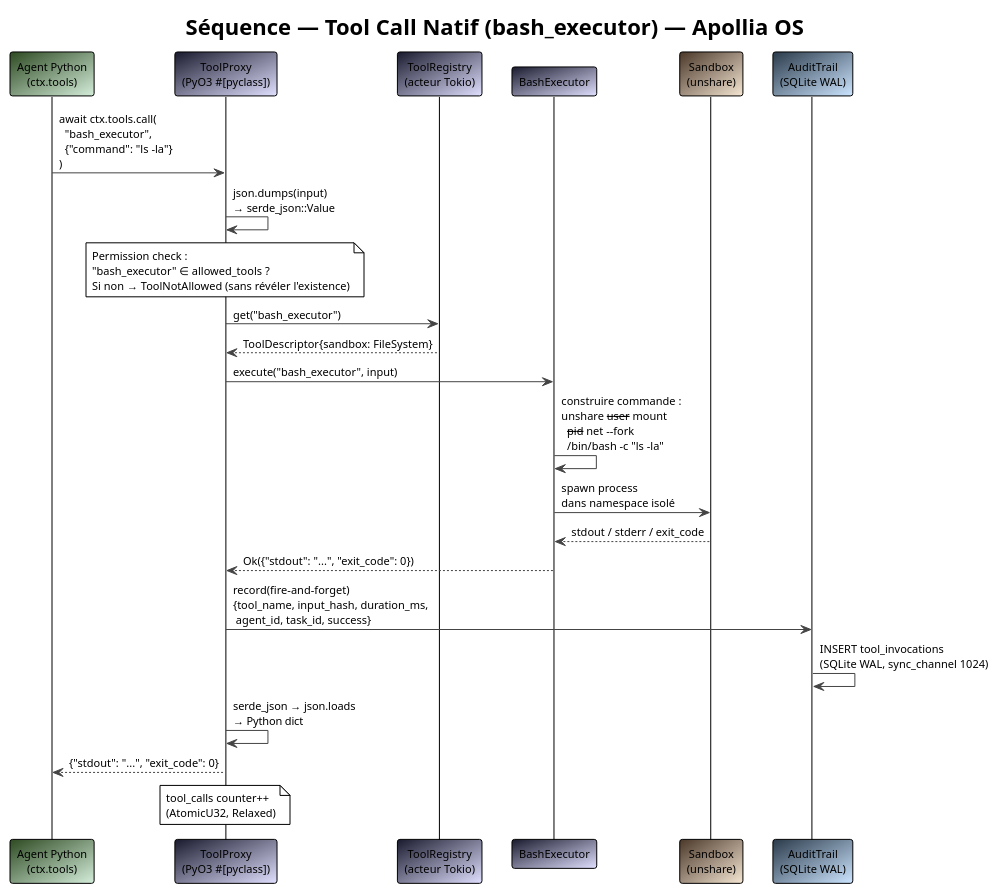
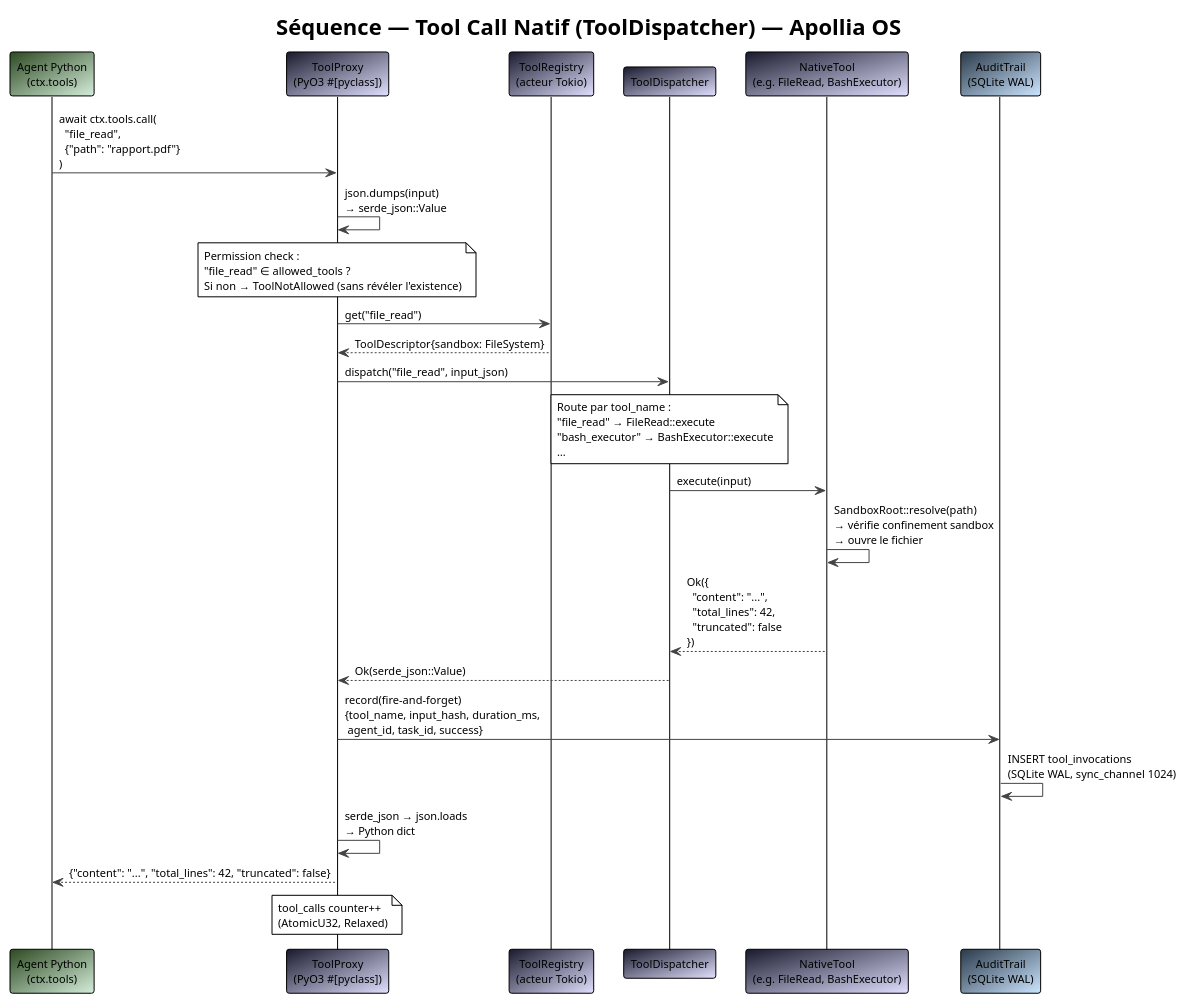
Before and after one commit to nidal-z/apollia-os: the diagram in docs/diagrams/seq-tool-call-native.puml, drawn with PlantUML. The commit also changed 13 other files, not shown here.

First line of the commit message:
feat(docs): update SUMMARY and diagrams for new tools and references

```diff
--- a/docs/diagrams/seq-tool-call-native.puml
+++ b/docs/diagrams/seq-tool-call-native.puml
@@ -1,53 +1,61 @@
 @startuml seq-tool-call-native
 !theme plain
 skinparam backgroundColor #FFFFFF
 skinparam defaultFontName "JetBrains Mono"
 skinparam defaultFontSize 11
 skinparam ArrowColor #444444
 skinparam BorderColor #444444
 
-title Séquence — Tool Call Natif (bash_executor) — Apollia OS
+title Séquence — Tool Call Natif (ToolDispatcher) — Apollia OS
 
 participant "Agent Python\n(ctx.tools)" as agent #2d4a22/d4edda
 participant "ToolProxy\n(PyO3 #[pyclass])" as proxy #1a1a2e/e0e0ff
 participant "ToolRegistry\n(acteur Tokio)" as reg #1a1a2e/e0e0ff
-participant "BashExecutor" as bash #1a1a2e/e0e0ff
-participant "Sandbox\n(unshare)" as sandbox #4a3728/f5e6d3
+participant "ToolDispatcher" as dispatcher #1a1a2e/e0e0ff
+participant "NativeTool\n(e.g. FileRead, BashExecutor)" as tool #1a1a2e/e0e0ff
 participant "AuditTrail\n(SQLite WAL)" as audit #2a3a4a/cce5ff
 
-agent -> proxy : await ctx.tools.call(\n  "bash_executor",\n  {"command": "ls -la"}\n)
+agent -> proxy : await ctx.tools.call(\n  "file_read",\n  {"path": "rapport.pdf"}\n)
 
 proxy -> proxy : json.dumps(input)\n→ serde_json::Value
 
 note over proxy
   Permission check :
-  "bash_executor" ∈ allowed_tools ?
+  "file_read" ∈ allowed_tools ?
   Si non → ToolNotAllowed (sans révéler l'existence)
 end note
 
-proxy -> reg : get("bash_executor")
+proxy -> reg : get("file_read")
 reg --> proxy : ToolDescriptor{sandbox: FileSystem}
 
-proxy -> bash : execute("bash_executor", input)
+proxy -> dispatcher : dispatch("file_read", input_json)
 
-bash -> bash : construire commande :\nunshare --user --mount\n  --pid --net --fork\n  /bin/bash -c "ls -la"
+note over dispatcher
+  Route par tool_name :
+  "file_read" → FileRead::execute
+  "bash_executor" → BashExecutor::execute
+  …
+end note
 
-bash -> sandbox : spawn process\ndans namespace isolé
-sandbox --> bash : stdout / stderr / exit_code
+dispatcher -> tool : execute(input)
 
-bash --> proxy : Ok({"stdout": "...", "exit_code": 0})
+tool -> tool : SandboxRoot::resolve(path)\n→ vérifie confinement sandbox\n→ ouvre le fichier
+
+tool --> dispatcher : Ok({\n  "content": "...",\n  "total_lines": 42,\n  "truncated": false\n})
+
+dispatcher --> proxy : Ok(serde_json::Value)
 
 proxy -> audit : record(fire-and-forget)\n{tool_name, input_hash, duration_ms,\n agent_id, task_id, success}
 
 audit -> audit : INSERT tool_invocations\n(SQLite WAL, sync_channel 1024)
 
 proxy -> proxy : serde_json → json.loads\n→ Python dict
 
-proxy --> agent : {"stdout": "...", "exit_code": 0}
+proxy --> agent : {"content": "...", "total_lines": 42, "truncated": false}
 
 note over proxy
   tool_calls counter++
   (AtomicU32, Relaxed)
 end note
 
 @enduml
```
